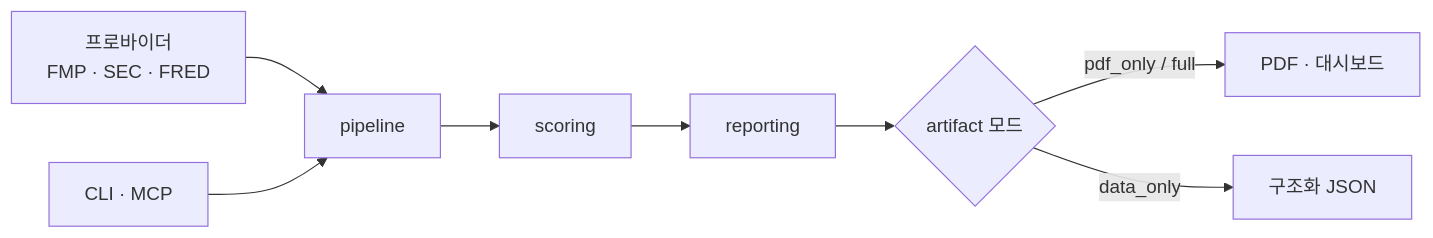
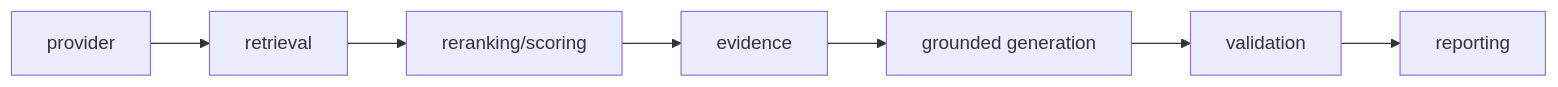
The diagram in README.md (ianlyoo/signal-foundry), drawn with Mermaid before and after one commit. The commit also changed other lines of this file, not shown here.

Commit message:
docs(signal-foundry): sync README from Screener RAG pipeline reframing

````diff
--- a/README.md
+++ b/README.md
@@ -16,10 +22,4 @@
 ```mermaid
 flowchart LR
-    A[프로바이더<br/>FMP · SEC · FRED] --> B[pipeline]
-    B --> C[scoring]
-    C --> D[reporting]
-    D --> E{artifact 모드}
-    E -- "pdf_only / full" --> F[PDF · 대시보드]
-    E -- "data_only" --> G[구조화 JSON]
-    H[CLI · MCP] --> B
+    A[provider] --> B[retrieval] --> C[reranking/scoring] --> D[evidence] --> E[grounded generation] --> F[validation] --> G[reporting]
 ```
````
